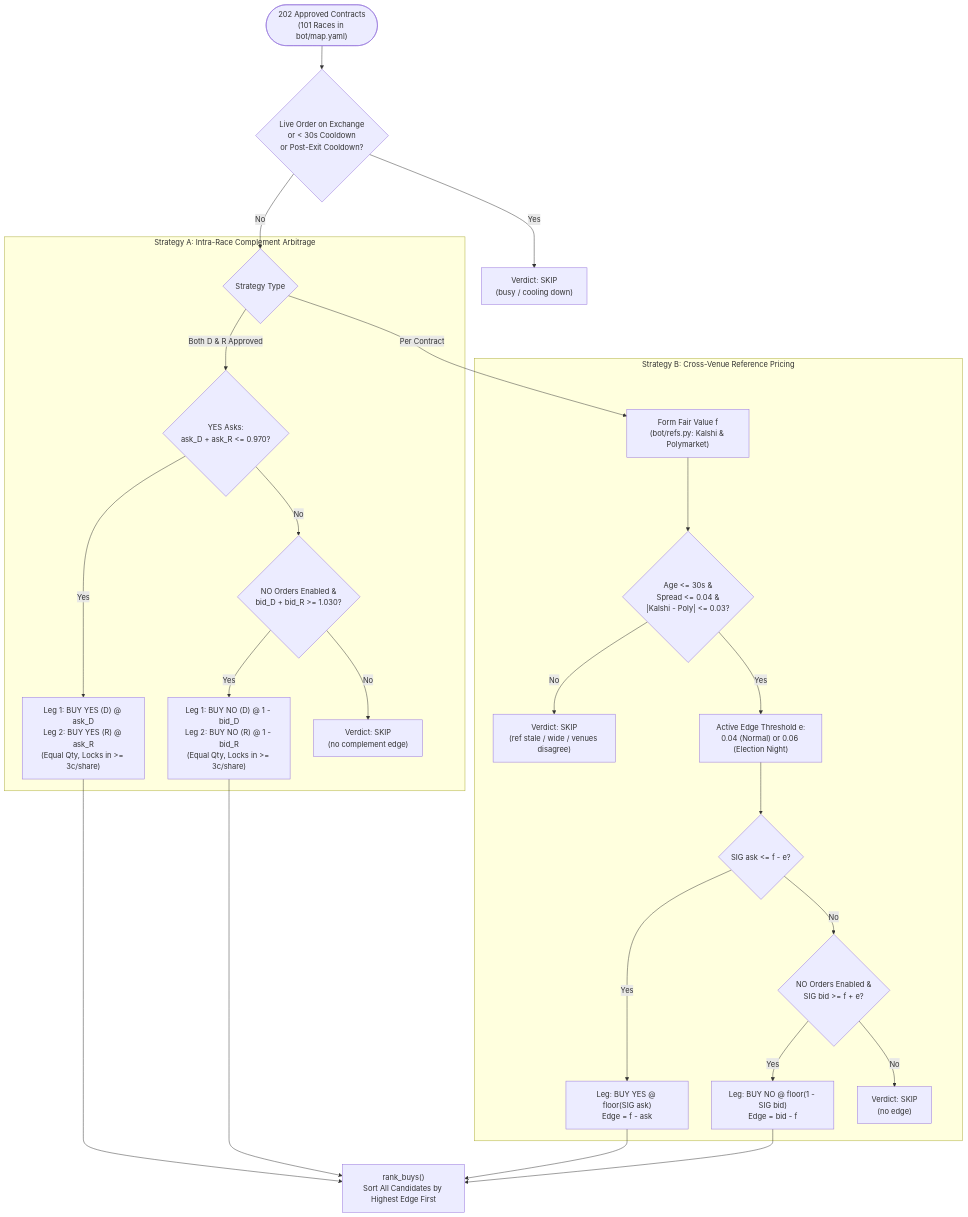
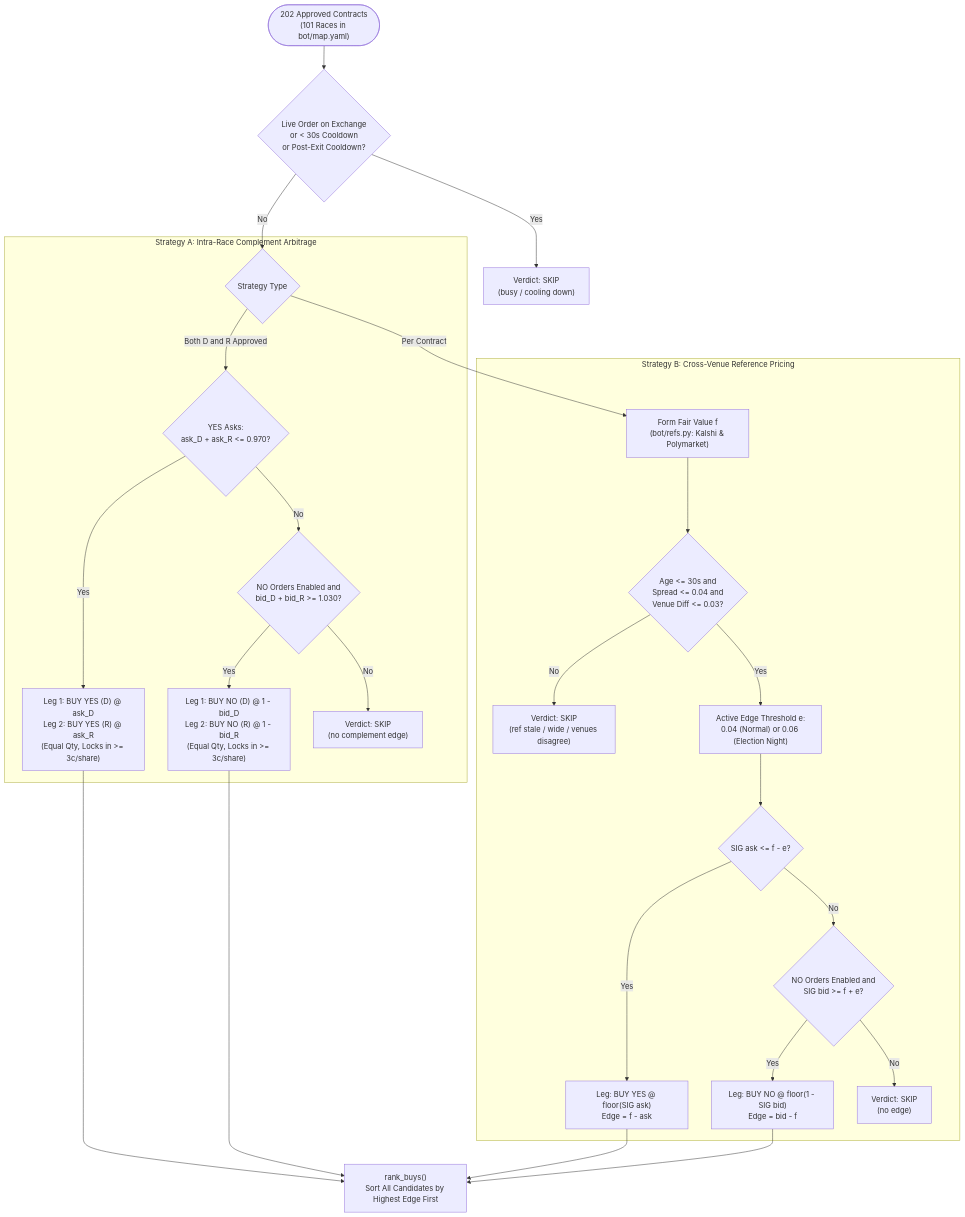
One commit to ArnavJain2005/Bellwether changed the first of 3 diagrams in docs/STRATEGIES_AND_RISK.md. Above: the diagram before and after it, drawn with Mermaid. The commit also changed other lines of this file and 2 other files, not shown here.

Commit message:
docs: fix Mermaid diagram syntax across README and deep-dive docs

````diff
--- a/docs/STRATEGIES_AND_RISK.md
+++ b/docs/STRATEGIES_AND_RISK.md
@@ -23,31 +23,31 @@
 ```mermaid
 flowchart TD
   Start(["202 Approved Contracts<br/>(101 Races in bot/map.yaml)"]) --> CheckCooldown{"Live Order on Exchange<br/>or < 30s Cooldown<br/>or Post-Exit Cooldown?"}
   CheckCooldown -->|Yes| Skip1["Verdict: SKIP<br/>(busy / cooling down)"]
   CheckCooldown -->|No| SplitStrat{"Strategy Type"}
 
   subgraph CompStrat["Strategy A: Intra-Race Complement Arbitrage"]
-    SplitStrat -->|Both D & R Approved| CheckAsks{"YES Asks:<br/>ask_D + ask_R <= 0.970?"}
+    SplitStrat -->|Both D and R Approved| CheckAsks{"YES Asks:<br/>ask_D + ask_R <= 0.970?"}
     CheckAsks -->|Yes| BuyBothYes["Leg 1: BUY YES (D) @ ask_D<br/>Leg 2: BUY YES (R) @ ask_R<br/>(Equal Qty, Locks in >= 3c/share)"]
-    CheckAsks -->|No| CheckBids{"NO Orders Enabled &<br/>bid_D + bid_R >= 1.030?"}
+    CheckAsks -->|No| CheckBids{"NO Orders Enabled and<br/>bid_D + bid_R >= 1.030?"}
     CheckBids -->|Yes| BuyBothNo["Leg 1: BUY NO (D) @ 1 - bid_D<br/>Leg 2: BUY NO (R) @ 1 - bid_R<br/>(Equal Qty, Locks in >= 3c/share)"]
     CheckBids -->|No| SkipComp["Verdict: SKIP<br/>(no complement edge)"]
   end
 
   subgraph RefStrat["Strategy B: Cross-Venue Reference Pricing"]
     SplitStrat -->|Per Contract| FairVal["Form Fair Value f<br/>(bot/refs.py: Kalshi & Polymarket)"]
-    FairVal --> ValidFair{"Age <= 30s &<br/>Spread <= 0.04 &<br/>|Kalshi - Poly| <= 0.03?"}
+    FairVal --> ValidFair{"Age <= 30s and<br/>Spread <= 0.04 and<br/>Venue Diff <= 0.03?"}
     ValidFair -->|No| SkipRef["Verdict: SKIP<br/>(ref stale / wide / venues disagree)"]
     ValidFair -->|Yes| EdgeRegime["Active Edge Threshold e:<br/>0.04 (Normal) or 0.06 (Election Night)"]
     EdgeRegime --> CheckYesEdge{"SIG ask <= f - e?"}
     CheckYesEdge -->|Yes| BuyYesRef["Leg: BUY YES @ floor(SIG ask)<br/>Edge = f - ask"]
-    CheckYesEdge -->|No| CheckNoEdge{"NO Orders Enabled &<br/>SIG bid >= f + e?"}
+    CheckYesEdge -->|No| CheckNoEdge{"NO Orders Enabled and<br/>SIG bid >= f + e?"}
     CheckNoEdge -->|Yes| BuyNoRef["Leg: BUY NO @ floor(1 - SIG bid)<br/>Edge = bid - f"]
     CheckNoEdge -->|No| SkipNoEdge["Verdict: SKIP<br/>(no edge)"]
   end
 
   BuyBothYes --> Rank["rank_buys()<br/>Sort All Candidates by Highest Edge First"]
   BuyBothNo --> Rank
   BuyYesRef --> Rank
   BuyNoRef --> Rank
 ```
````
